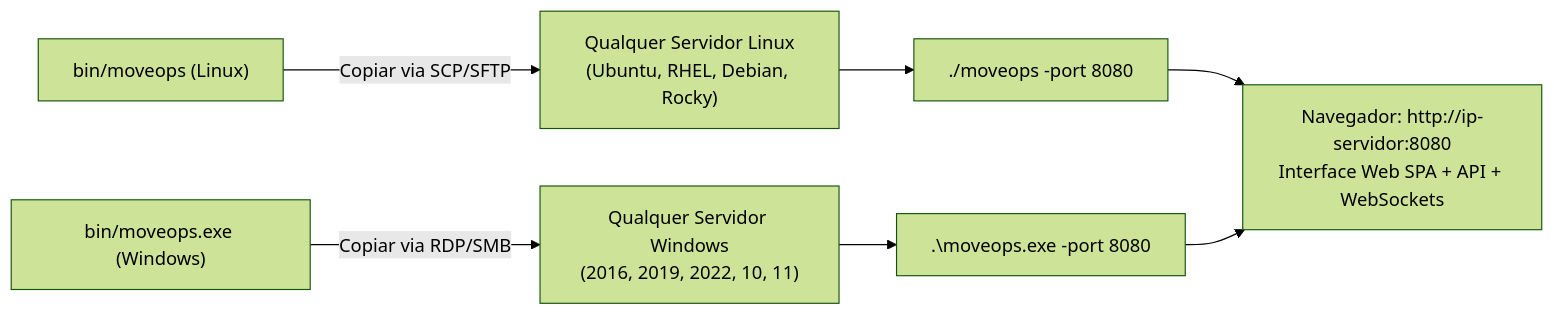
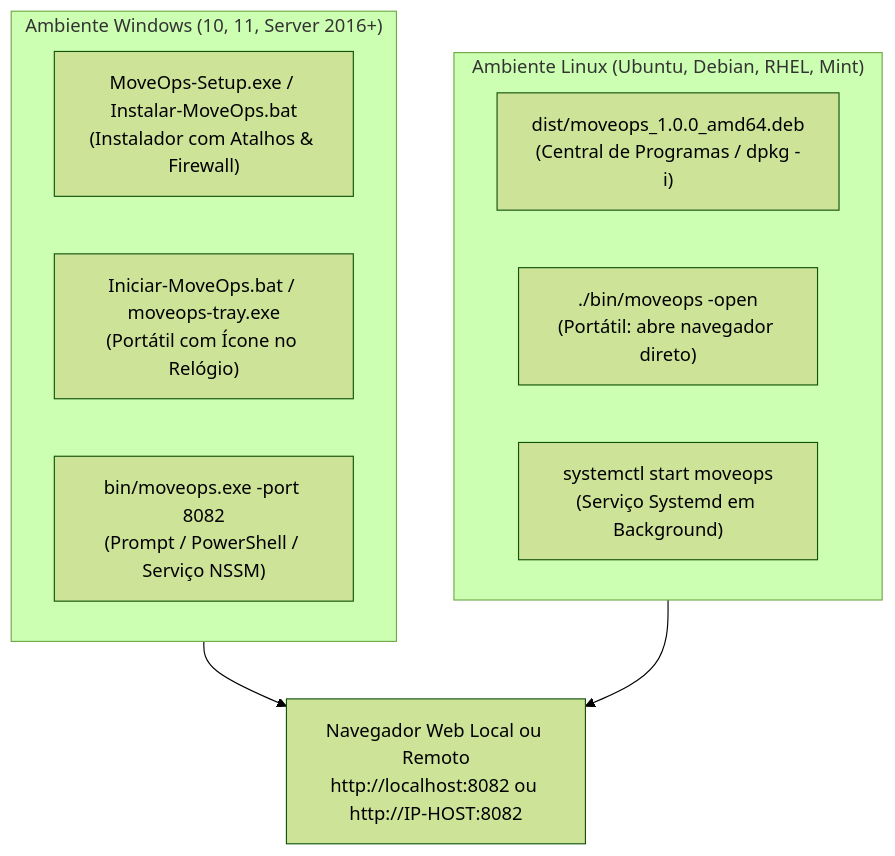
Before and after one commit to JairoJSilva/move: the diagram in documentações/07-GUIA-PASSO-A-PASSO-INSTALACAO-E-TESTES.md, drawn with Mermaid (forest theme). The commit also changed other lines of this file and 30 other files, not shown here.

````diff
--- a/documentações/07-GUIA-PASSO-A-PASSO-INSTALACAO-E-TESTES.md
+++ b/documentações/07-GUIA-PASSO-A-PASSO-INSTALACAO-E-TESTES.md
@@ -35,11 +42,17 @@
 ```mermaid
-flowchart LR
-    A["bin/moveops (Linux)"] -->|"Copiar via SCP/SFTP"| B["Qualquer Servidor Linux<br/>(Ubuntu, RHEL, Debian, Rocky)"]
-    C["bin/moveops.exe (Windows)"] -->|"Copiar via RDP/SMB"| D["Qualquer Servidor Windows<br/>(2016, 2019, 2022, 10, 11)"]
-    
-    B --> E["./moveops -port 8080"]
-    D --> F[".\moveops.exe -port 8080"]
-    
-    E --> G["Navegador: http://ip-servidor:8080<br/>Interface Web SPA + API + WebSockets"]
-    F --> G
+flowchart TD
+    subgraph Windows["Ambiente Windows (10, 11, Server 2016+)"]
+        W1["MoveOps-Setup.exe / Instalar-MoveOps.bat<br/>(Instalador com Atalhos & Firewall)"]
+        W2["Iniciar-MoveOps.bat / moveops-tray.exe<br/>(Portátil com Ícone no Relógio)"]
+        W3["bin/moveops.exe -port 8082<br/>(Prompt / PowerShell / Serviço NSSM)"]
+    end
+
+    subgraph Linux["Ambiente Linux (Ubuntu, Debian, RHEL, Mint)"]
+        L1["dist/moveops_1.0.0_amd64.deb<br/>(Central de Programas / dpkg -i)"]
+        L2["./bin/moveops -open<br/>(Portátil: abre navegador direto)"]
+        L3["systemctl start moveops<br/>(Serviço Systemd em Background)"]
+    end
+
+    Windows --> Navegador["Navegador Web Local ou Remoto<br/>http://localhost:8082 ou http://IP-HOST:8082"]
+    Linux --> Navegador
 ```
````
